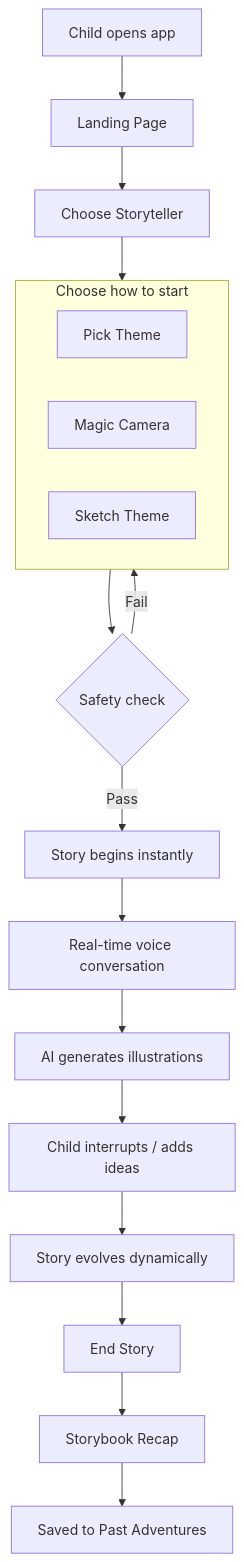
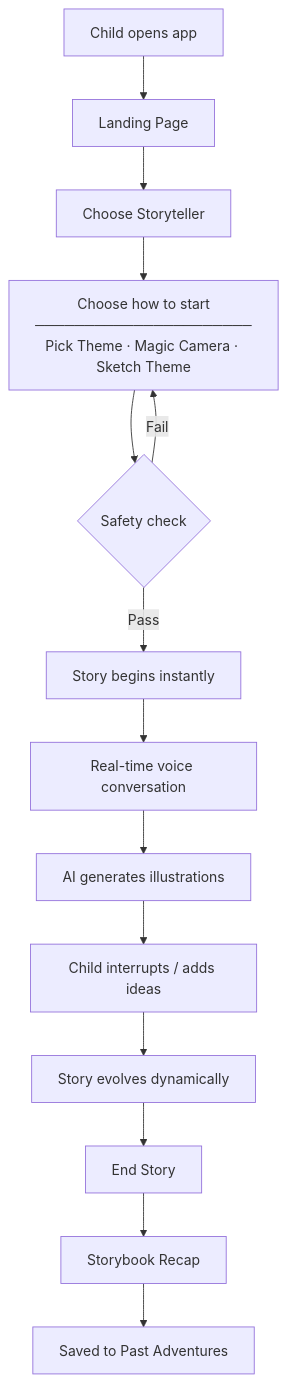
One commit to padmanabhan-r/TaleWeaver changed the diagram in README.md. Above: the diagram before and after it, drawn with Mermaid.

Commit message:
docs: simplify theme modes to single box with inline label

````diff
--- a/README.md
+++ b/README.md
@@ -188,24 +188,16 @@
 ```mermaid
 flowchart TD
     A[Child opens app] --> B[Landing Page]
     B --> C[Choose Storyteller]
-    C --> subE
-
-    subgraph subE[Choose how to start]
-        direction LR
-        E[Pick Theme]
-        F[Magic Camera]
-        G[Sketch Theme]
-    end
-
-    subE --> SC{Safety check}
+    C --> D["Choose how to start<br/>──────────────────────<br/>Pick Theme · Magic Camera · Sketch Theme"]
+    D --> SC{Safety check}
     SC -->|Pass| H[Story begins instantly]
-    SC -->|Fail| subE
+    SC -->|Fail| D
     H --> I[Real-time voice conversation]
     I --> J[AI generates illustrations]
     J --> K[Child interrupts / adds ideas]
     K --> L[Story evolves dynamically]
     L --> M[End Story]
     M --> N[Storybook Recap]
     N --> O[Saved to Past Adventures]
 ```
````
